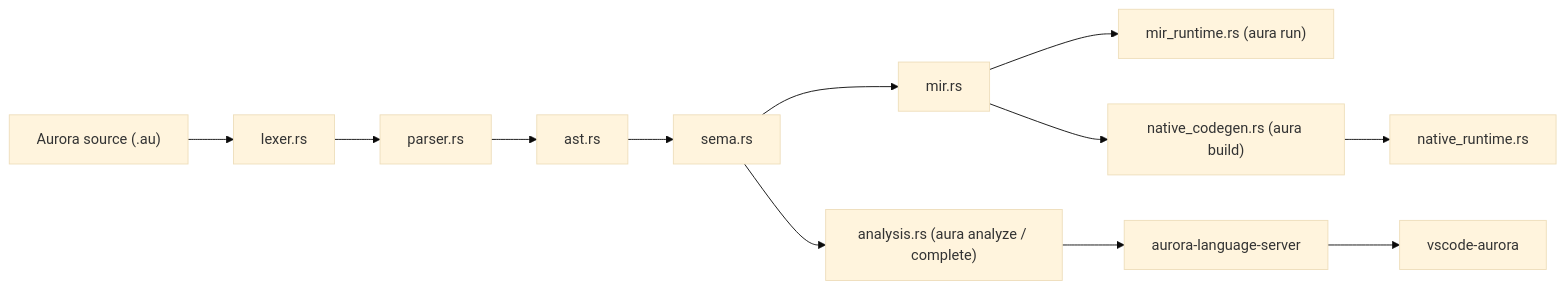
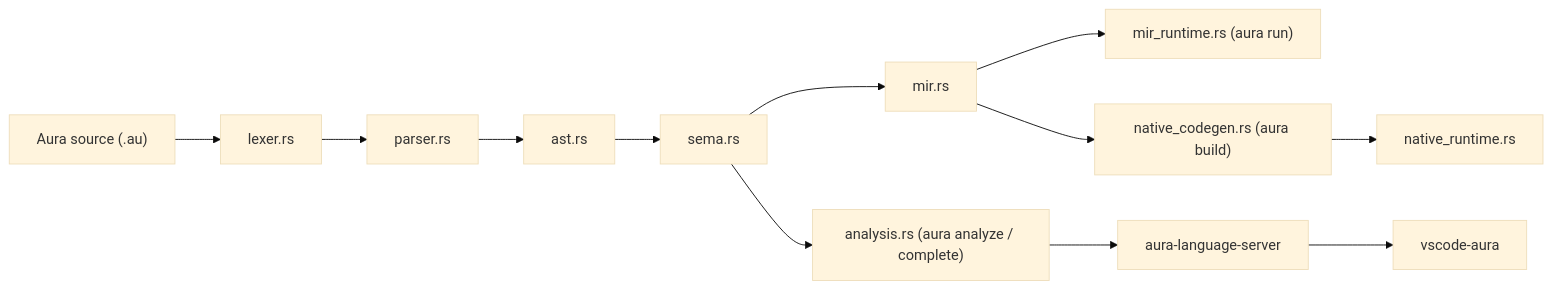
One commit to johnolafenwa/Aura changed the diagram in architecture_docs/README.md. Above: the diagram before and after it, drawn with Mermaid (base theme). The commit also changed other lines of this file and 2574 other files, not shown here.

Commit message:
Rename Aurora to Aura for v0.2 preview

````diff
--- a/architecture_docs/README.md
+++ b/architecture_docs/README.md
@@ -12,14 +12,14 @@
 ```mermaid
 flowchart LR
-    A["Aurora source (.au)"] --> B["lexer.rs"]
+    A["Aura source (.au)"] --> B["lexer.rs"]
     B --> C["parser.rs"]
     C --> D["ast.rs"]
     D --> E["sema.rs"]
     E --> F["mir.rs"]
     F --> G["mir_runtime.rs (aura run)"]
     F --> H["native_codegen.rs (aura build)"]
     H --> I["native_runtime.rs"]
     E --> J["analysis.rs (aura analyze / complete)"]
-    J --> K["aurora-language-server"]
-    K --> L["vscode-aurora"]
+    J --> K["aura-language-server"]
+    K --> L["vscode-aura"]
 ```
````
